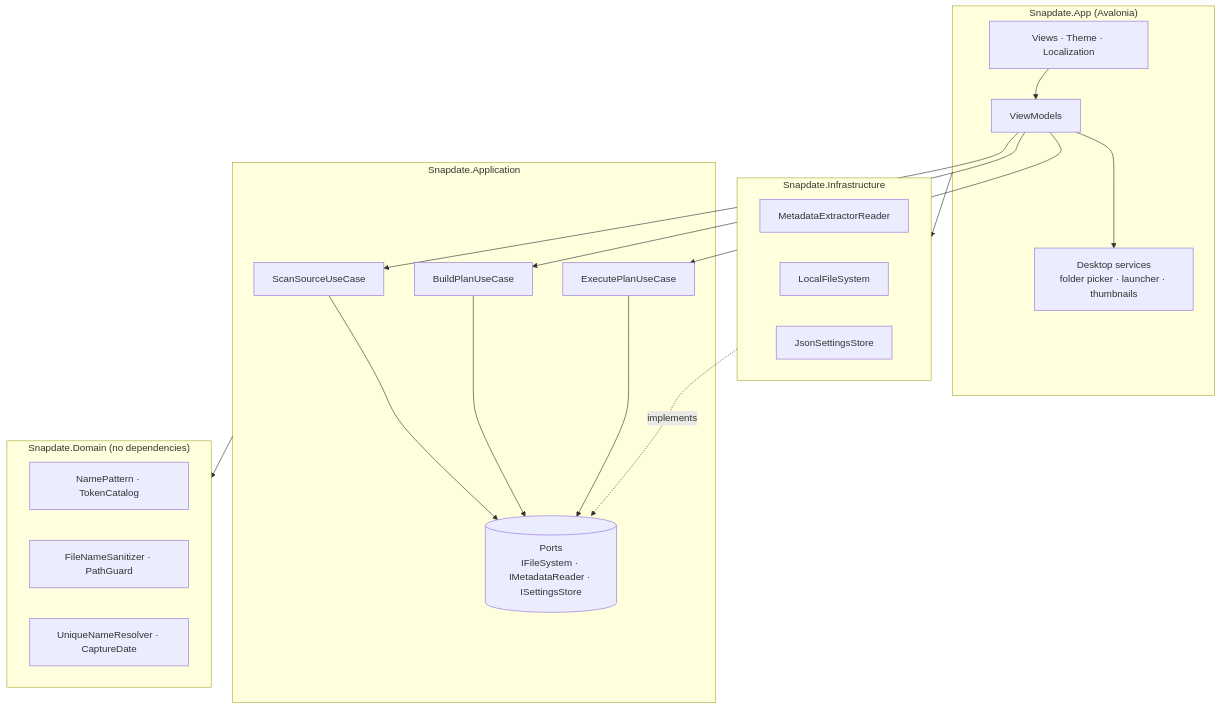
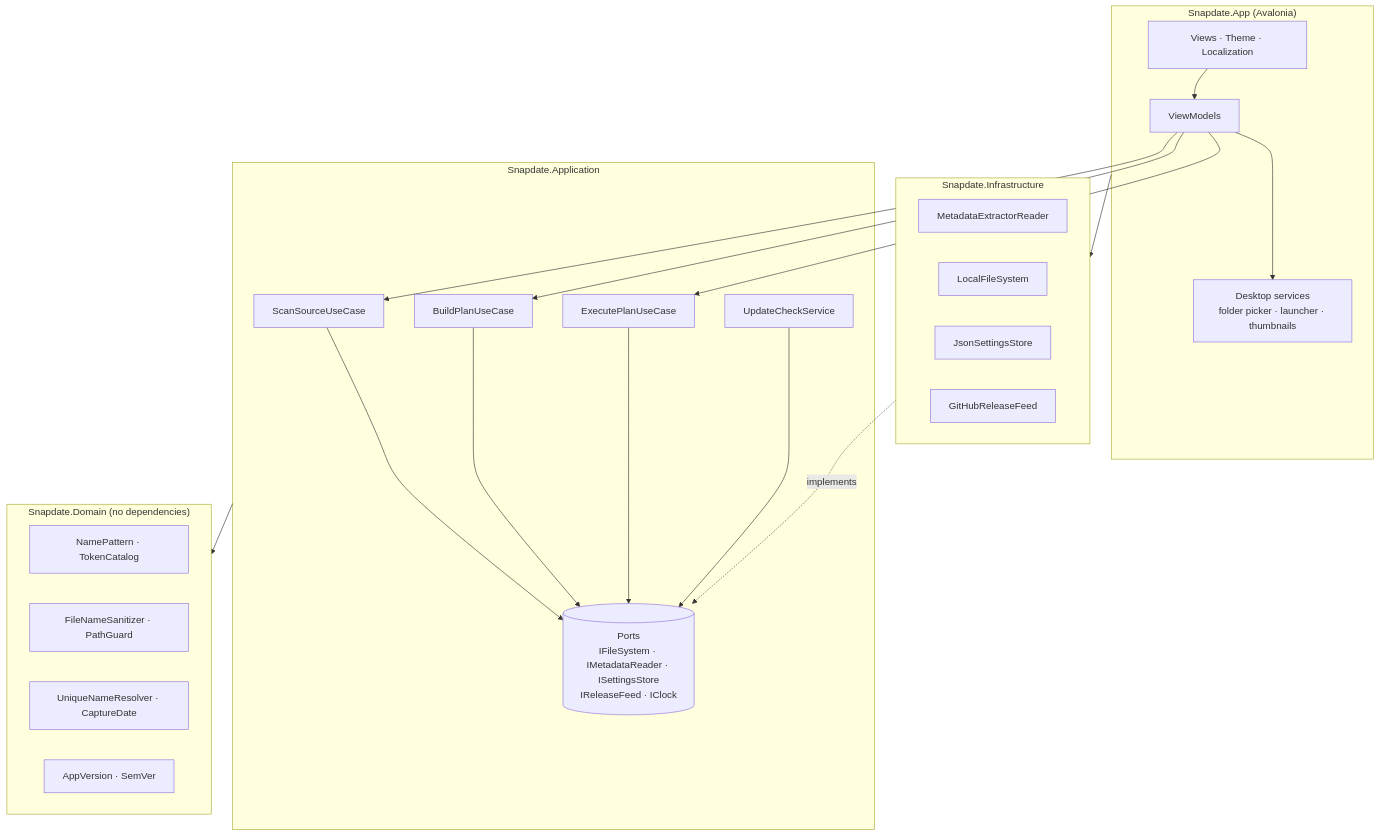
The first of 2 diagrams in docs/architecture.md (jannikjordan/snapdate), drawn with Mermaid before and after one commit. The commit also changed other lines of this file and 22 other files, not shown here.

First line of the commit message:
feat(update): check GitHub for new versions - core (#2)

````diff
--- a/docs/architecture.md
+++ b/docs/architecture.md
@@ -7,26 +7,29 @@
 ```mermaid
 flowchart TB
     subgraph App["Snapdate.App (Avalonia)"]
         V[Views · Theme · Localization] --> VM[ViewModels]
         VM --> S[Desktop services<br/>folder picker · launcher · thumbnails]
     end
     subgraph Application["Snapdate.Application"]
-        UC1[ScanSourceUseCase] --> P[(Ports<br/>IFileSystem · IMetadataReader · ISettingsStore)]
+        UC1[ScanSourceUseCase] --> P[(Ports<br/>IFileSystem · IMetadataReader · ISettingsStore<br/>IReleaseFeed · IClock)]
         UC2[BuildPlanUseCase] --> P
         UC3[ExecutePlanUseCase] --> P
+        UC4[UpdateCheckService] --> P
     end
     subgraph Domain["Snapdate.Domain (no dependencies)"]
         D1[NamePattern · TokenCatalog]
         D2[FileNameSanitizer · PathGuard]
         D3[UniqueNameResolver · CaptureDate]
+        D4[AppVersion · SemVer]
     end
     subgraph Infra["Snapdate.Infrastructure"]
         I1[MetadataExtractorReader]
         I2[LocalFileSystem]
         I3[JsonSettingsStore]
+        I4[GitHubReleaseFeed]
     end
     VM --> UC1 & UC2 & UC3
     Application --> Domain
     Infra -. implements .-> P
     App --> Infra
 ```
````
